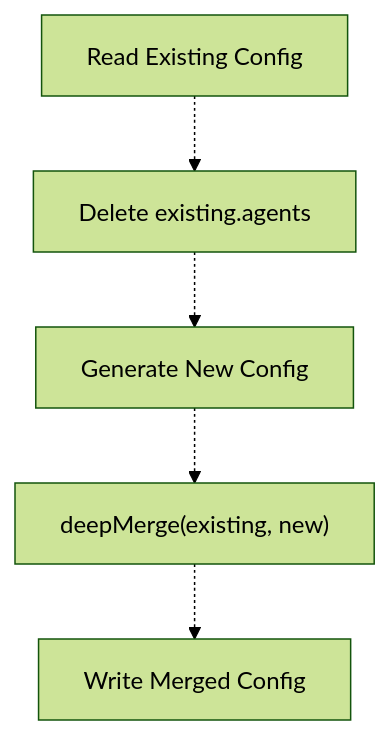
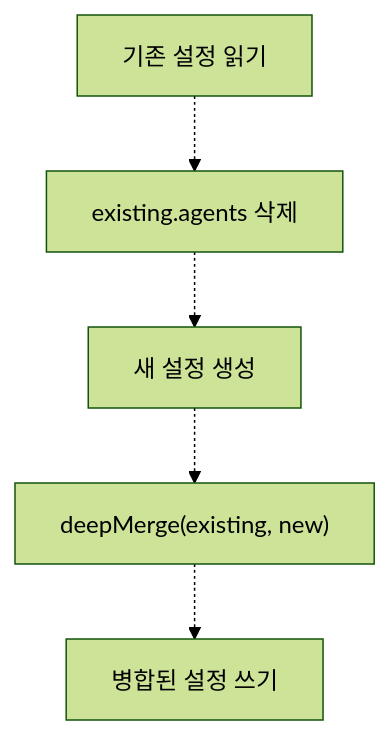
One commit to felipetruman/oh-my-opencode-docs changed the fifth of 6 diagrams in docs/getting-started/installation.md. Above: the diagram before and after it, drawn with Mermaid (forest theme). The commit also changed other lines of this file and 76 other files, not shown here.

````diff
--- a/docs/getting-started/installation.md
+++ b/docs/getting-started/installation.md
@@ -346,14 +346,14 @@
 ```mermaid
 flowchart TD
 
-Existing["Read Existing Config"]
-Delete["Delete existing.agents"]
-New["Generate New Config"]
+Existing["기존 설정 읽기"]
+Delete["existing.agents 삭제"]
+New["새 설정 생성"]
 Merge["deepMerge(existing, new)"]
-Write["Write Merged Config"]
+Write["병합된 설정 쓰기"]
 
 Existing -.-> Delete
 Delete -.-> New
 New -.-> Merge
 Merge -.-> Write
 ```
````
